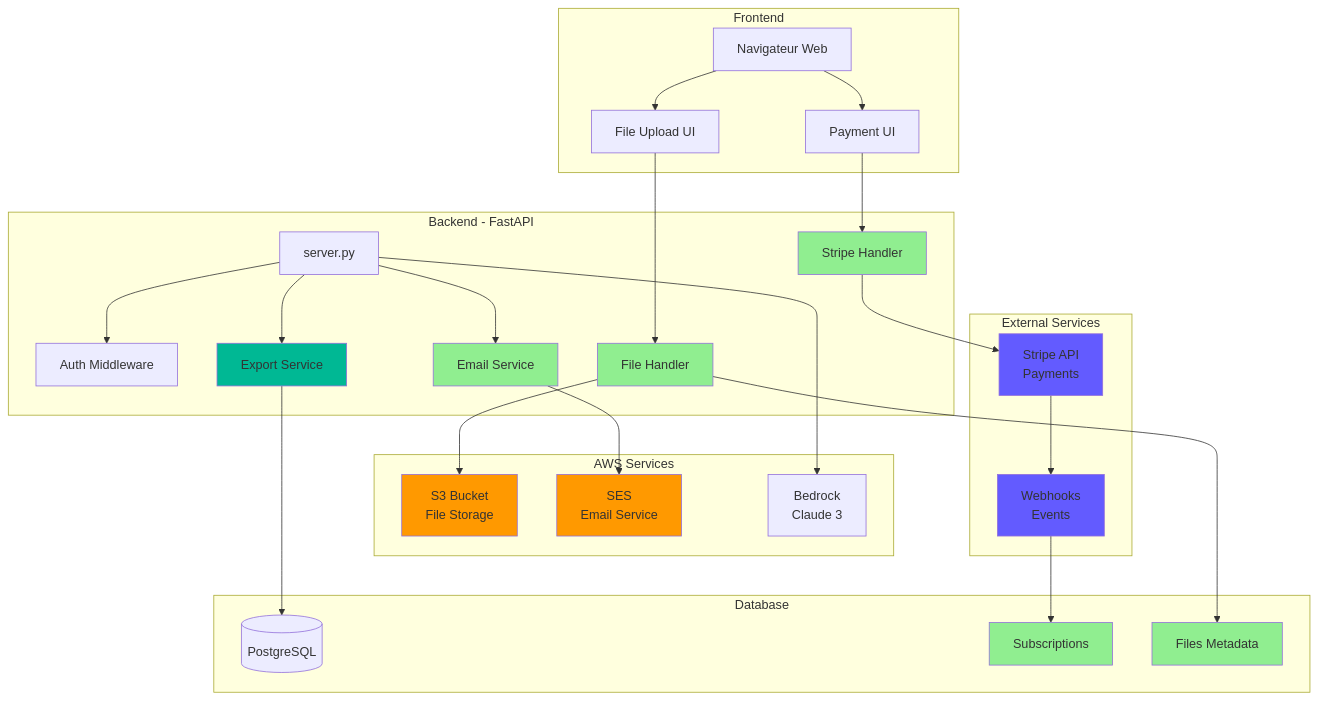
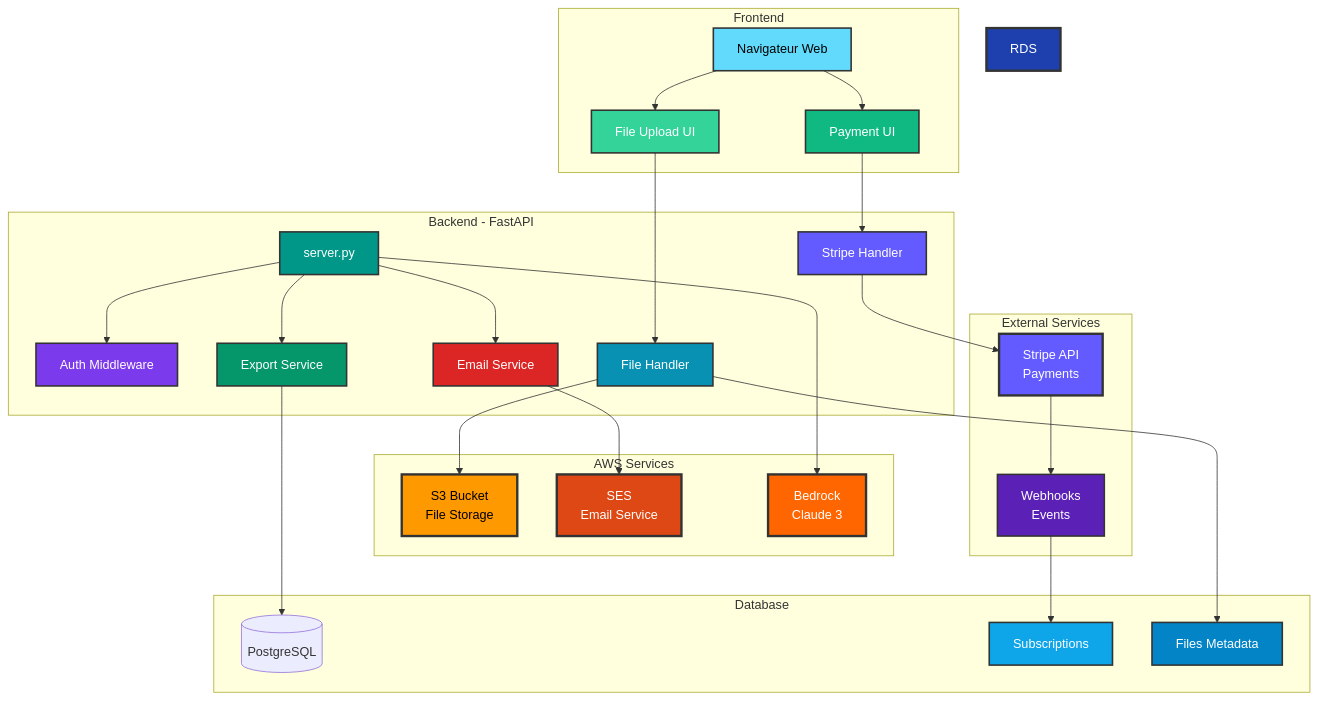
One commit to inskillflow/awsbedrock-demo-1-inmemory changed the ninth of 15 diagrams in documentation/00-ARCHITECTURE.md. Above: the diagram before and after it, drawn with Mermaid. The commit also changed other lines of this file, not shown here.

First line of the commit message:
docs: amélioration de la visibilité des diagrammes d'architecture

````diff
--- a/documentation/00-ARCHITECTURE.md
+++ b/documentation/00-ARCHITECTURE.md
@@ -305,63 +350,72 @@
 ```mermaid
 graph TB
     subgraph "Frontend"
         Browser[Navigateur Web]
         Upload[File Upload UI]
         Payment[Payment UI]
     end
     
     subgraph "Backend - FastAPI"
         API[server.py]
         Auth[Auth Middleware]
         Files[File Handler]
         Email[Email Service]
         Stripe[Stripe Handler]
         Export[Export Service]
     end
     
     subgraph "AWS Services"
         S3[S3 Bucket<br/>File Storage]
         SES[SES<br/>Email Service]
         Bedrock[Bedrock<br/>Claude 3]
     end
     
     subgraph "External Services"
         StripeAPI[Stripe API<br/>Payments]
         Webhooks[Webhooks<br/>Events]
     end
     
     subgraph "Database"
         DB[(PostgreSQL)]
         Subscriptions[Subscriptions]
         FilesMeta[Files Metadata]
     end
     
     Browser --> Upload
     Upload --> Files
     Files --> S3
     Files --> FilesMeta
     
     Browser --> Payment
     Payment --> Stripe
     Stripe --> StripeAPI
     StripeAPI --> Webhooks
     Webhooks --> Subscriptions
     
     API --> Email
     Email --> SES
     
     API --> Export
     Export --> DB
     
     API --> Auth
     API --> Bedrock
     
-    style S3 fill:#ff9900
-    style SES fill:#ff9900
-    style StripeAPI fill:#635BFF
-    style Webhooks fill:#635BFF
-    style Export fill:#00B894
-    
-    classDef new fill:#90EE90
-    class S3,SES,Files,Email,Stripe,StripeAPI,Webhooks,Export,Subscriptions,FilesMeta new
+    style Browser fill:#61DAFB,stroke:#333,stroke-width:2px,color:#000
+    style Upload fill:#34D399,stroke:#333,stroke-width:2px,color:#fff
+    style Payment fill:#10B981,stroke:#333,stroke-width:2px,color:#fff
+    style API fill:#009688,stroke:#333,stroke-width:2px,color:#fff
+    style Auth fill:#7C3AED,stroke:#333,stroke-width:2px,color:#fff
+    style Files fill:#0891B2,stroke:#333,stroke-width:2px,color:#fff
+    style Email fill:#DC2626,stroke:#333,stroke-width:2px,color:#fff
+    style Stripe fill:#635BFF,stroke:#333,stroke-width:2px,color:#fff
+    style Export fill:#059669,stroke:#333,stroke-width:2px,color:#fff
+    style S3 fill:#FF9900,stroke:#333,stroke-width:3px,color:#000
+    style SES fill:#DD4814,stroke:#333,stroke-width:3px,color:#fff
+    style Bedrock fill:#FF6600,stroke:#333,stroke-width:3px,color:#fff
+    style StripeAPI fill:#635BFF,stroke:#333,stroke-width:3px,color:#fff
+    style Webhooks fill:#5B21B6,stroke:#333,stroke-width:2px,color:#fff
+    style RDS fill:#1E40AF,stroke:#333,stroke-width:3px,color:#fff
+    style Subscriptions fill:#0EA5E9,stroke:#333,stroke-width:2px,color:#fff
+    style FilesMeta fill:#0284C7,stroke:#333,stroke-width:2px,color:#fff
 ```
````
